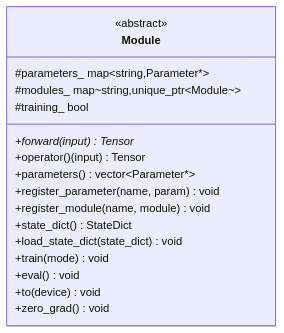
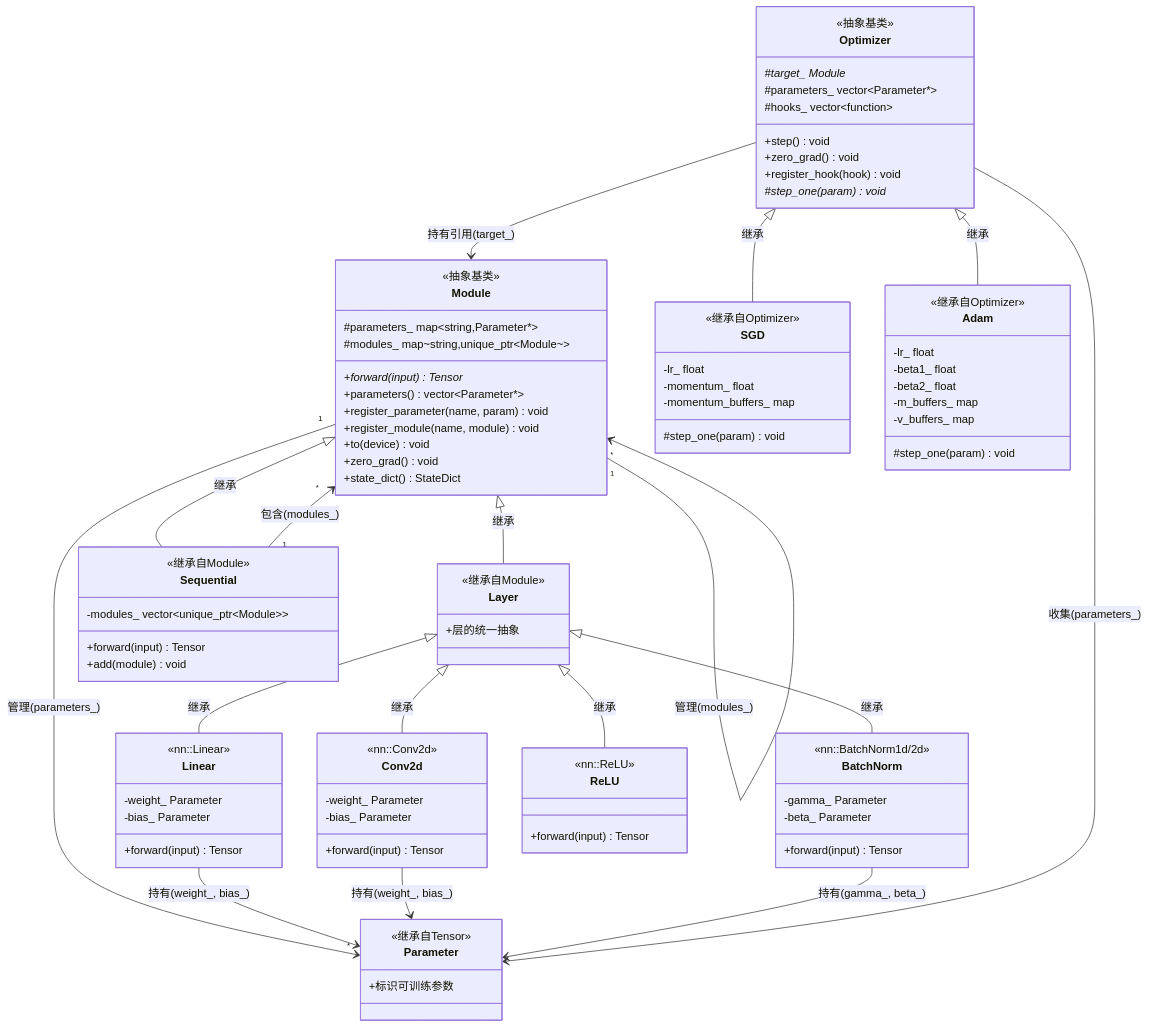
Diagram 27 of 47 in docs/design/architecture.md (jinbooooom/OriginDL), drawn with Mermaid before and after one commit. The commit also changed other lines of this file, not shown here.

Commit message:
doc(design): refactor architecture documentation chapters 3，4，6, 7 and 10

````diff
--- a/docs/design/architecture.md
+++ b/docs/design/architecture.md
@@ -1405,20 +1589,109 @@
 ```mermaid
 classDiagram
     class Module {
-        <<abstract>>
+        <<抽象基类>>
         #parameters_ map~string,Parameter*~
         #modules_ map~string,unique_ptr~Module~~
-        #training_ bool
         +forward(input)* Tensor
-        +operator()(input) Tensor
         +parameters() vector~Parameter*~
         +register_parameter(name, param) void
         +register_module(name, module) void
-        +state_dict() StateDict
-        +load_state_dict(state_dict) void
-        +train(mode) void
-        +eval() void
         +to(device) void
         +zero_grad() void
+        +state_dict() StateDict
     }
+    
+    class Layer {
+        <<继承自Module>>
+        +层的统一抽象
+    }
+    
+    class Sequential {
+        <<继承自Module>>
+        -modules_ vector~unique_ptr~Module~~
+        +forward(input) Tensor
+        +add(module) void
+    }
+    
+    class Linear {
+        <<nn::Linear>>
+        <<继承自Layer>>
+        -weight_ Parameter
+        -bias_ Parameter
+        +forward(input) Tensor
+    }
+    
+    class Conv2d {
+        <<nn::Conv2d>>
+        <<继承自Layer>>
+        -weight_ Parameter
+        -bias_ Parameter
+        +forward(input) Tensor
+    }
+    
+    class BatchNorm {
+        <<nn::BatchNorm1d/2d>>
+        <<继承自Layer>>
+        -gamma_ Parameter
+        -beta_ Parameter
+        +forward(input) Tensor
+    }
+    
+    class ReLU {
+        <<nn::ReLU>>
+        <<继承自Layer>>
+        +forward(input) Tensor
+    }
+    
+    class Parameter {
+        <<继承自Tensor>>
+        +标识可训练参数
+    }
+    
+    class Optimizer {
+        <<抽象基类>>
+        #target_ Module*
+        #parameters_ vector~Parameter*~
+        #hooks_ vector~function~
+        +step() void
+        +zero_grad() void
+        +register_hook(hook) void
+        #step_one(param)* void
+    }
+    
+    class SGD {
+        <<继承自Optimizer>>
+        -lr_ float
+        -momentum_ float
+        -momentum_buffers_ map
+        #step_one(param) void
+    }
+    
+    class Adam {
+        <<继承自Optimizer>>
+        -lr_ float
+        -beta1_ float
+        -beta2_ float
+        -m_buffers_ map
+        -v_buffers_ map
+        #step_one(param) void
+    }
+    
+    Module <|-- Layer : 继承
+    Module <|-- Sequential : 继承
+    Layer <|-- Linear : 继承
+    Layer <|-- Conv2d : 继承
+    Layer <|-- BatchNorm : 继承
+    Layer <|-- ReLU : 继承
+    Optimizer <|-- SGD : 继承
+    Optimizer <|-- Adam : 继承
+    
+    Module "1" --> "*" Parameter : 管理(parameters_)
+    Module "1" --> "*" Module : 管理(modules_)
+    Sequential "1" --> "*" Module : 包含(modules_)
+    Linear --> Parameter : 持有(weight_, bias_)
+    Conv2d --> Parameter : 持有(weight_, bias_)
+    BatchNorm --> Parameter : 持有(gamma_, beta_)
+    Optimizer --> Module : 持有引用(target_)
+    Optimizer --> Parameter : 收集(parameters_)
 ```
````
